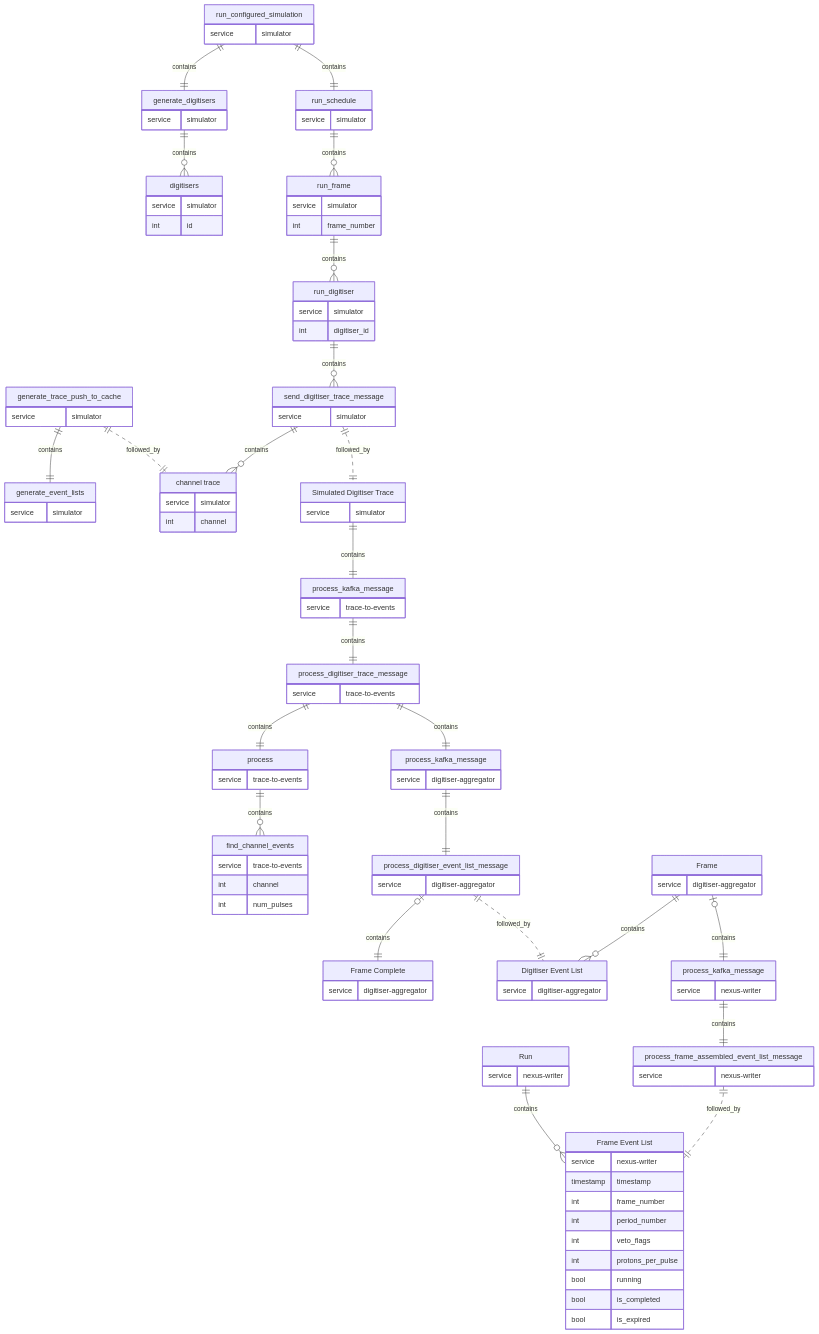
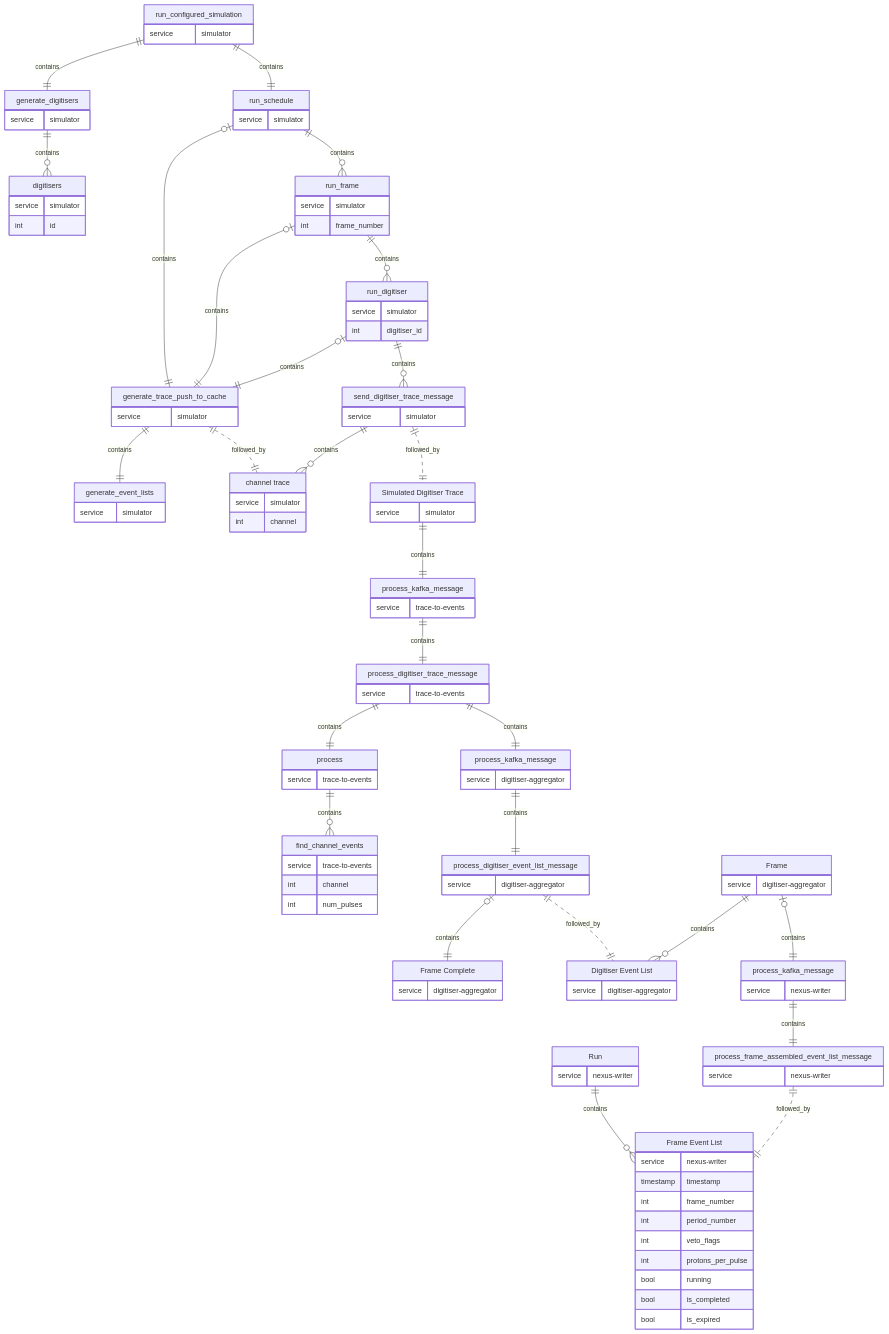
The first of 4 diagrams in docs/tracing.md (STFC-ICD-Research-and-Design/supermusr-data-pipeline), drawn with Mermaid before and after one commit. The commit also changed 9 other files, not shown here.

```diff
--- a/docs/tracing.md
+++ b/docs/tracing.md
@@ -111,6 +111,9 @@
     SIM_GEN_DIG_TRACE_PUSH["generate_trace_push_to_cache"] {
         service simulator
     }
+    SIM_RUN_SCHEDULE |o--|| SIM_GEN_DIG_TRACE_PUSH : contains
+    SIM_RUN_FRAME |o--|| SIM_GEN_DIG_TRACE_PUSH : contains
+    SIM_RUN_DIGITISER |o--|| SIM_GEN_DIG_TRACE_PUSH : contains
     SIM_GEN_DIG_TRACE_PUSH ||--|| SIM_GEN_EVENT_LIST : contains
 
     SIM_CHANNEL_TRACE["channel trace"] {
```
